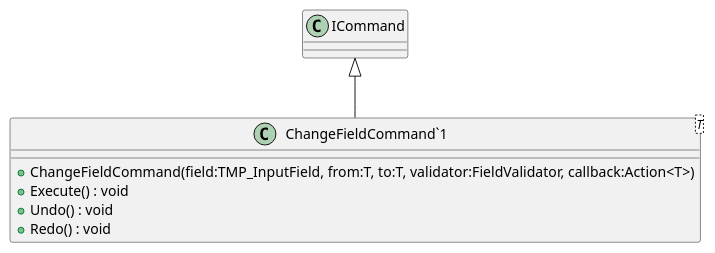
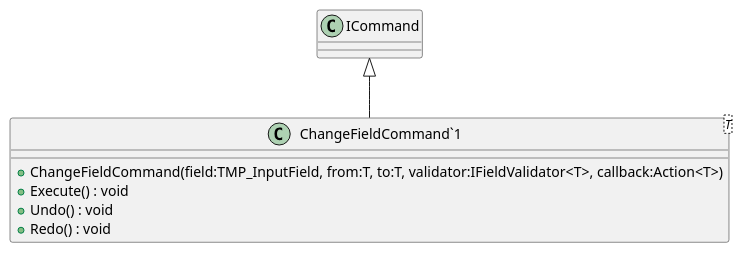
One commit to streepje8/ToolDev2023 changed the diagram in UML/Commands/ChangeFieldCommand.puml. Above: the diagram before and after it, drawn with PlantUML. The commit also changed 29 other files, not shown here.

Commit message:
Generate UML (Generate UML)

```diff
--- a/UML/Commands/ChangeFieldCommand.puml
+++ b/UML/Commands/ChangeFieldCommand.puml
@@ -1,9 +1,9 @@
 @startuml
 class "ChangeFieldCommand`1"<T> {
-    + ChangeFieldCommand(field:TMP_InputField, from:T, to:T, validator:FieldValidator, callback:Action<T>)
+    + ChangeFieldCommand(field:TMP_InputField, from:T, to:T, validator:IFieldValidator<T>, callback:Action<T>)
     + Execute() : void
     + Undo() : void
     + Redo() : void
 }
 ICommand <|-- "ChangeFieldCommand`1"
 @enduml
```
